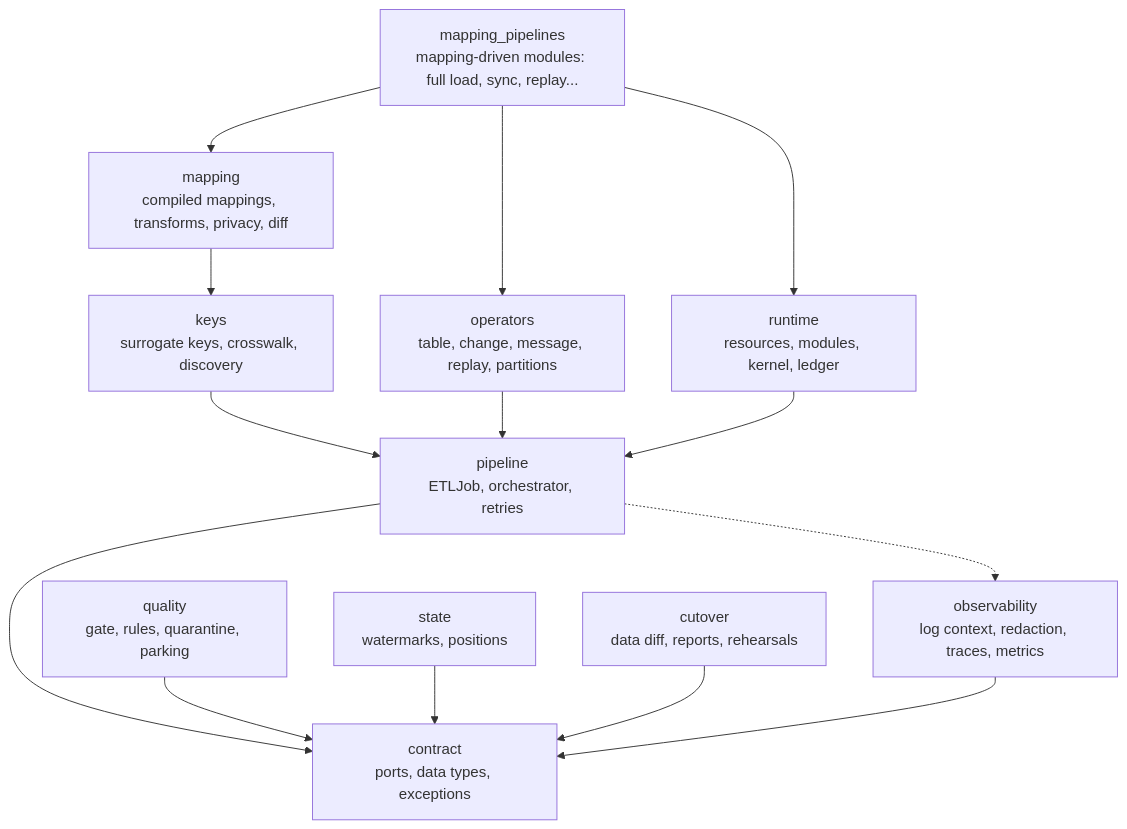
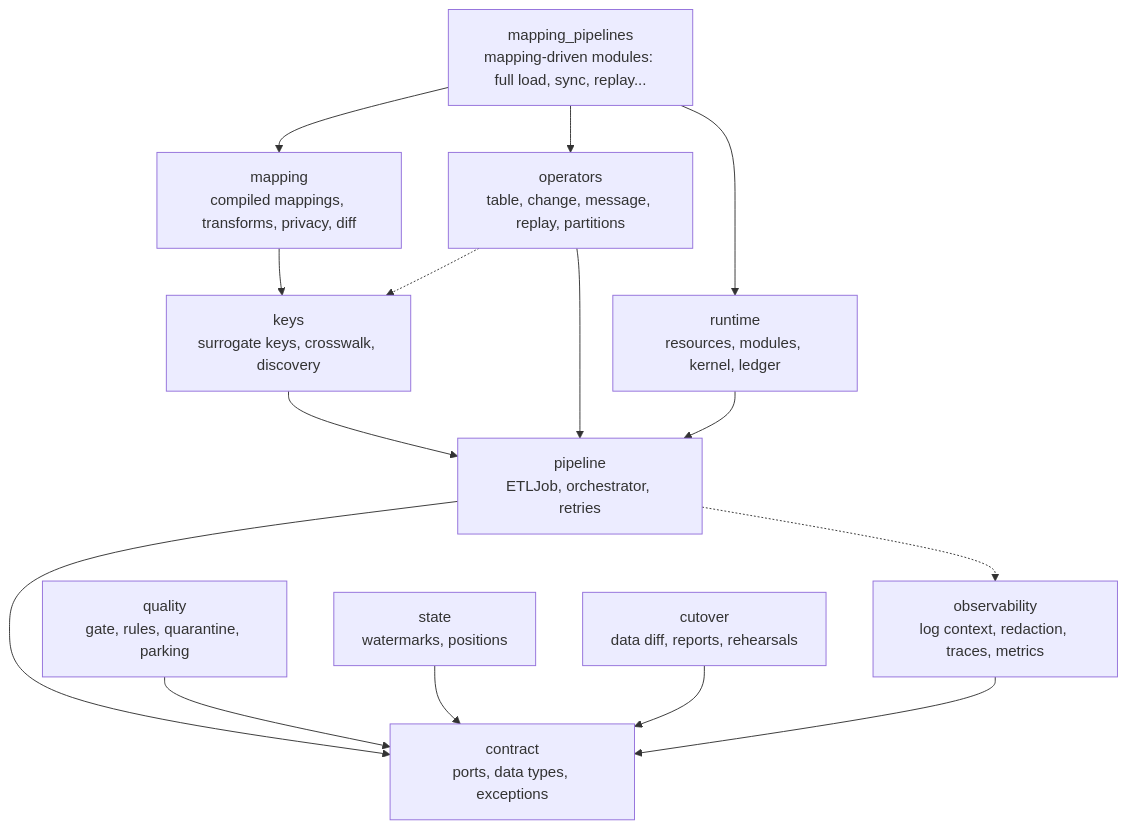
The fourth of 11 diagrams in docs/architecture.md (SekiroKenjii/etl-pipeline-boilerplate), drawn with Mermaid before and after one commit. The commit also changed other lines of this file and 269 other files, not shown here.

````diff
--- a/docs/architecture.md
+++ b/docs/architecture.md
@@ -163,28 +164,29 @@
 ```mermaid
 flowchart TB
     contract["contract<br/>ports, data types, exceptions"]
     pipeline["pipeline<br/>ETLJob, orchestrator, retries"]
     quality["quality<br/>gate, rules, quarantine, parking"]
     state["state<br/>watermarks, positions"]
     keys["keys<br/>surrogate keys, crosswalk, discovery"]
     mapping["mapping<br/>compiled mappings, transforms, privacy, diff"]
     operators["operators<br/>table, change, message, replay, partitions"]
     cutover["cutover<br/>data diff, reports, rehearsals"]
     runtime["runtime<br/>resources, modules, kernel, ledger"]
     observability["observability<br/>log context, redaction, traces, metrics"]
     mapping_pipelines["mapping_pipelines<br/>mapping-driven modules: full load, sync, replay..."]
 
     pipeline --> contract
     quality --> contract
     state --> contract
     keys --> pipeline
     mapping --> keys
     operators --> pipeline
+    operators -.-> keys
     cutover --> contract
     runtime --> pipeline
     observability --> contract
     pipeline -.-> observability
     mapping_pipelines --> runtime
     mapping_pipelines --> mapping
     mapping_pipelines --> operators
 ```
````
